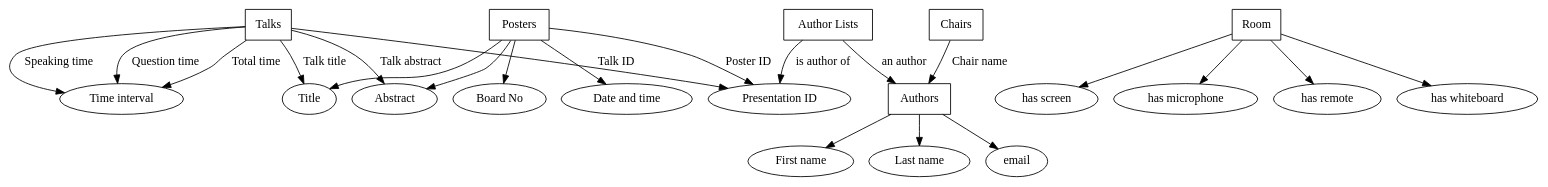
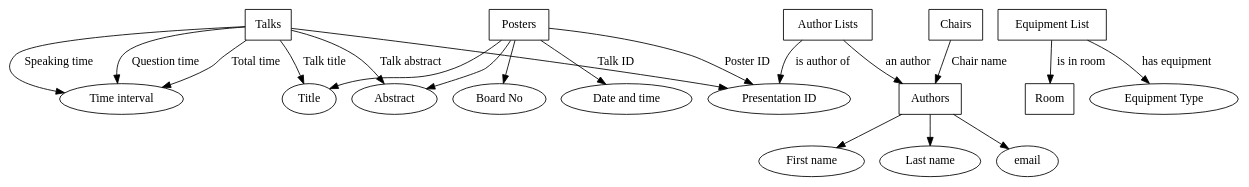
One commit to Edan97/Demonstration_Dictionary changed the diagram in Concept/first_graph.dot. Above: the diagram before and after it, drawn with Graphviz. The commit also changed 1 other file, not shown here.

Commit message:
Better equipment list.

```diff
--- a/Concept/first_graph.dot
+++ b/Concept/first_graph.dot
@@ -1,29 +1,28 @@
 digraph G {
 "Talks" [shape="box"]
 "Authors" [shape="box"]
 "Posters" [shape="box"]
 "Room" [shape="box"]
 "Chairs" [shape="box"]
 "Author Lists" [shape="box"]
+"Equipment List" [shape="box"]
 "Talks" -> "Presentation ID" [label="Talk ID"]
 "Talks" -> "Time interval" [label="Speaking time"]
 "Talks" -> "Time interval" [label="Question time"]
 "Talks" -> "Time interval" [label="Total time"]
 "Talks" -> "Title" [label="Talk title"]
 "Talks" -> "Abstract" [label="Talk abstract"]
 "Author Lists" -> "Authors" [label="an author"]
 "Authors" -> "First name"
 "Authors" -> "Last name"
 "Authors" -> "email"
 "Author Lists" -> "Presentation ID" [label="is author of"]
 "Chairs" -> "Authors" [label="Chair name"]
 "Posters" -> "Presentation ID" [label="Poster ID"]
 "Posters" -> "Board No"
 "Posters" -> "Date and time"
 "Posters" -> "Title"
 "Posters" -> "Abstract"
-"Room" -> "has screen"
-"Room" -> "has microphone"
-"Room" -> "has remote"
-"Room" -> "has whiteboard"
+"Equipment List" -> "Equipment Type" [label="has equipment"]
+"Equipment List" -> "Room" [label="is in room"]
 }
```
